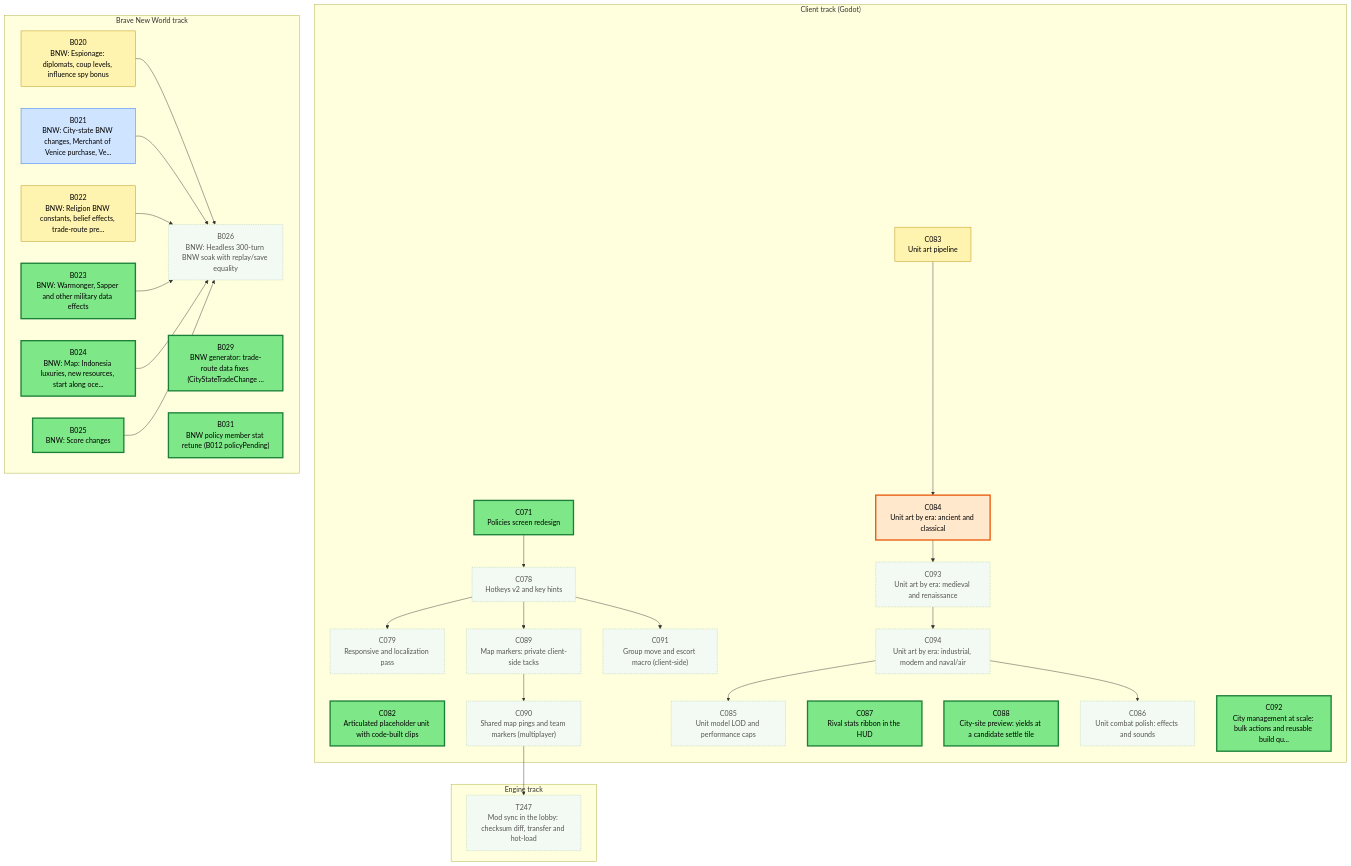
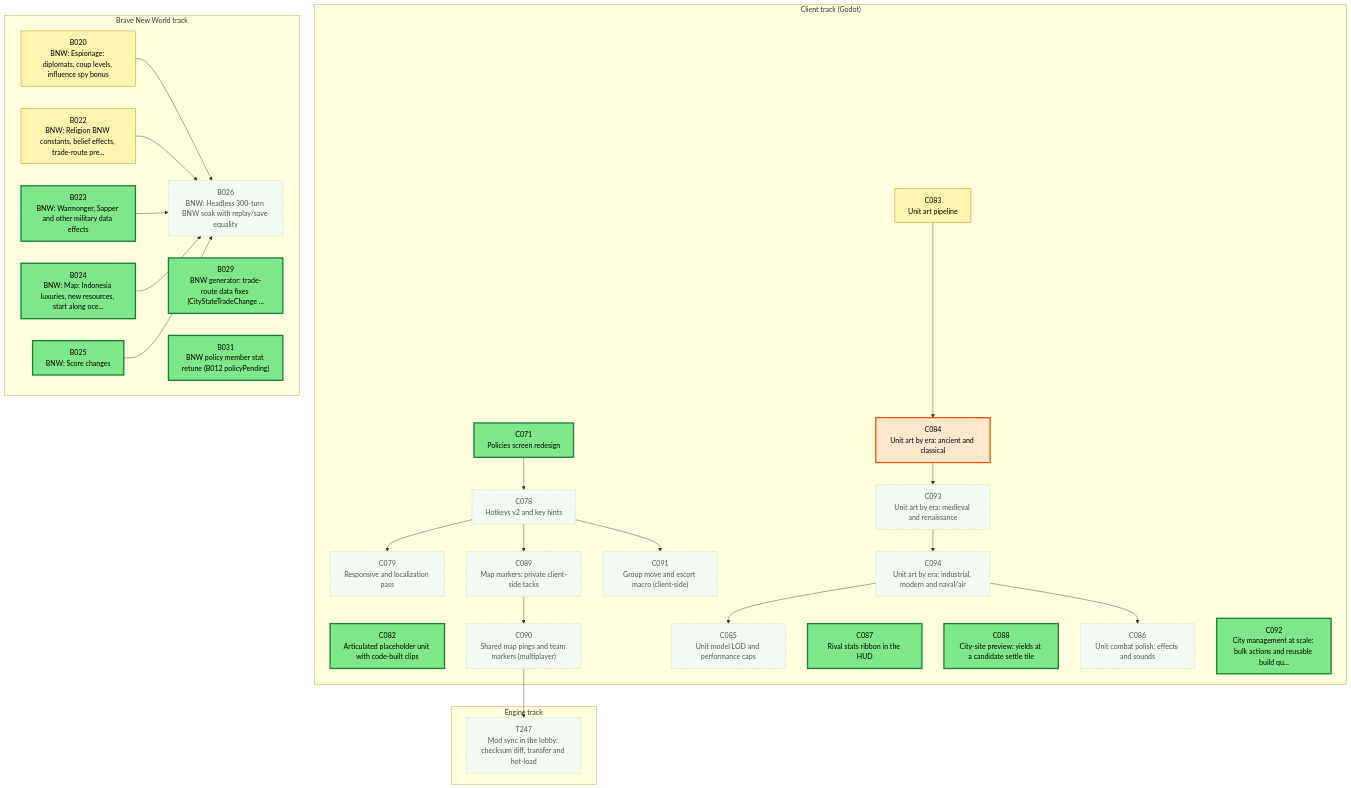
The first of 3 diagrams in csharp/migration/DEPENDENCY_MAP.md (Kenmura/Unciv), drawn with Mermaid before and after one commit. The commit also changed other lines of this file and 1 other file, not shown here.

Commit message:
migration: review B021 pass [Adversarial Review]

```diff
--- a/csharp/migration/DEPENDENCY_MAP.md
+++ b/csharp/migration/DEPENDENCY_MAP.md
@@ -47,7 +47,6 @@
   end
   subgraph BTRACK["Brave New World track"]
     B020["B020<br/>BNW: Espionage: diplomats, coup levels, influence spy bonus"]
-    B021["B021<br/>BNW: City-state BNW changes, Merchant of Venice purchase, Ve..."]
     B022["B022<br/>BNW: Religion BNW constants, belief effects, trade-route pre..."]
     B023["B023<br/>BNW: Warmonger, Sapper and other military data effects"]
     B024["B024<br/>BNW: Map: Indonesia luxuries, new resources, start along oce..."]
@@ -68,7 +67,6 @@
   C084 --> C093
   C093 --> C094
   B020 --> B026
-  B021 --> B026
   B022 --> B026
   B023 --> B026
   B024 --> B026
@@ -81,7 +79,6 @@
   classDef blocked fill:#ffd6d6,stroke:#c62828,color:#000
   classDef done fill:#eeeeee,stroke:#999999,color:#666,stroke-dasharray:4 3
   class B020 prog
-  class B021 review
   class B022 prog
   class B023 ready
   class B024 ready
```
